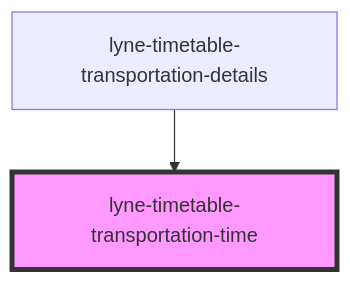
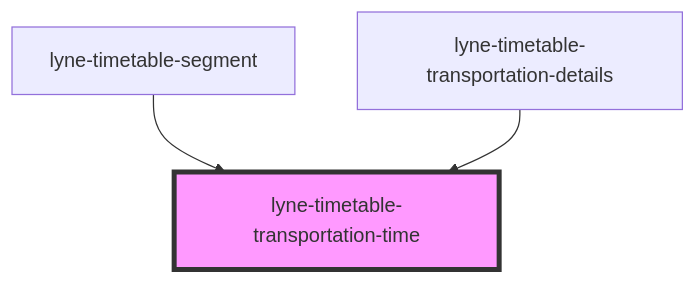
Before and after one commit to schlpbch/lyne-components: the diagram in src/components/lyne-timetable-transportation-time/readme.md, drawn with Mermaid. The commit also changed other lines of this file and 15 other files, not shown here.

Commit message:
feat: working on timetable segment component

````diff
--- a/src/components/lyne-timetable-transportation-time/readme.md
+++ b/src/components/lyne-timetable-transportation-time/readme.md
@@ -24,5 +25,6 @@
 ```mermaid
 graph TD;
+  lyne-timetable-segment --> lyne-timetable-transportation-time
   lyne-timetable-transportation-details --> lyne-timetable-transportation-time
   style lyne-timetable-transportation-time fill:#f9f,stroke:#333,stroke-width:4px
 ```
````
